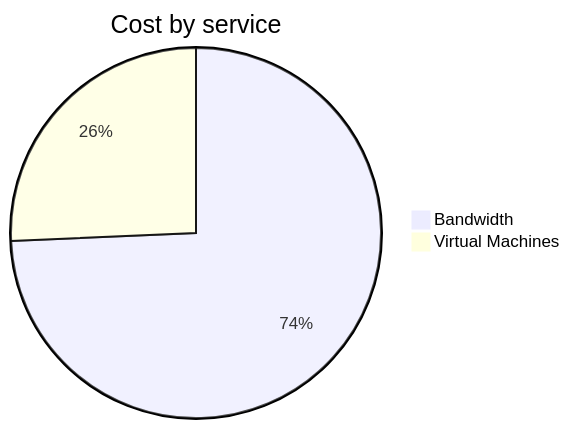
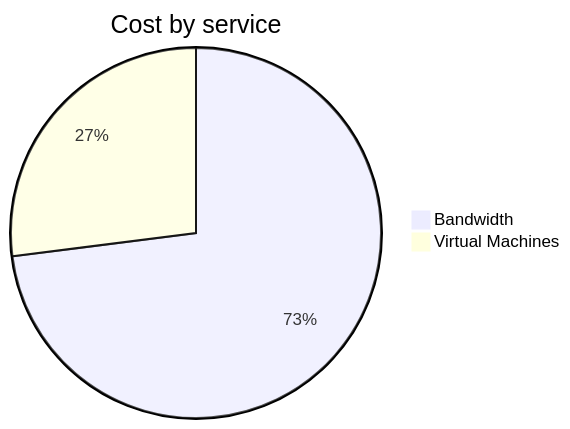
One commit to jpfulton/azure-personal-reports changed the second of 4 diagrams in cost-reports/personal-network/vpn-server.md. Above: the diagram before and after it, drawn with Mermaid. The commit also changed other lines of this file and 8 other files, not shown here.

````diff
--- a/cost-reports/personal-network/vpn-server.md
+++ b/cost-reports/personal-network/vpn-server.md
@@ -92,6 +92,6 @@
 ```mermaid
 pie
    title Cost by service
    "Bandwidth" : 8.16
-   "Virtual Machines" : 2.82
+   "Virtual Machines" : 3.02
 ```
````
